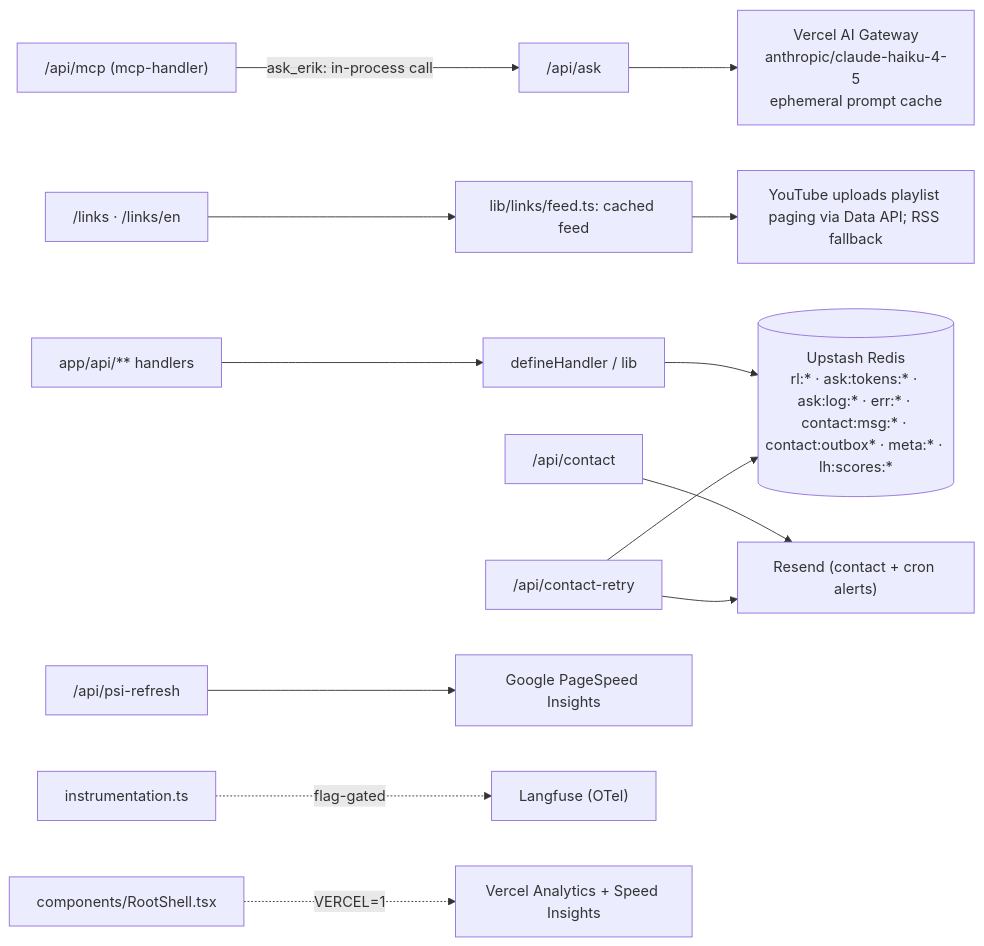
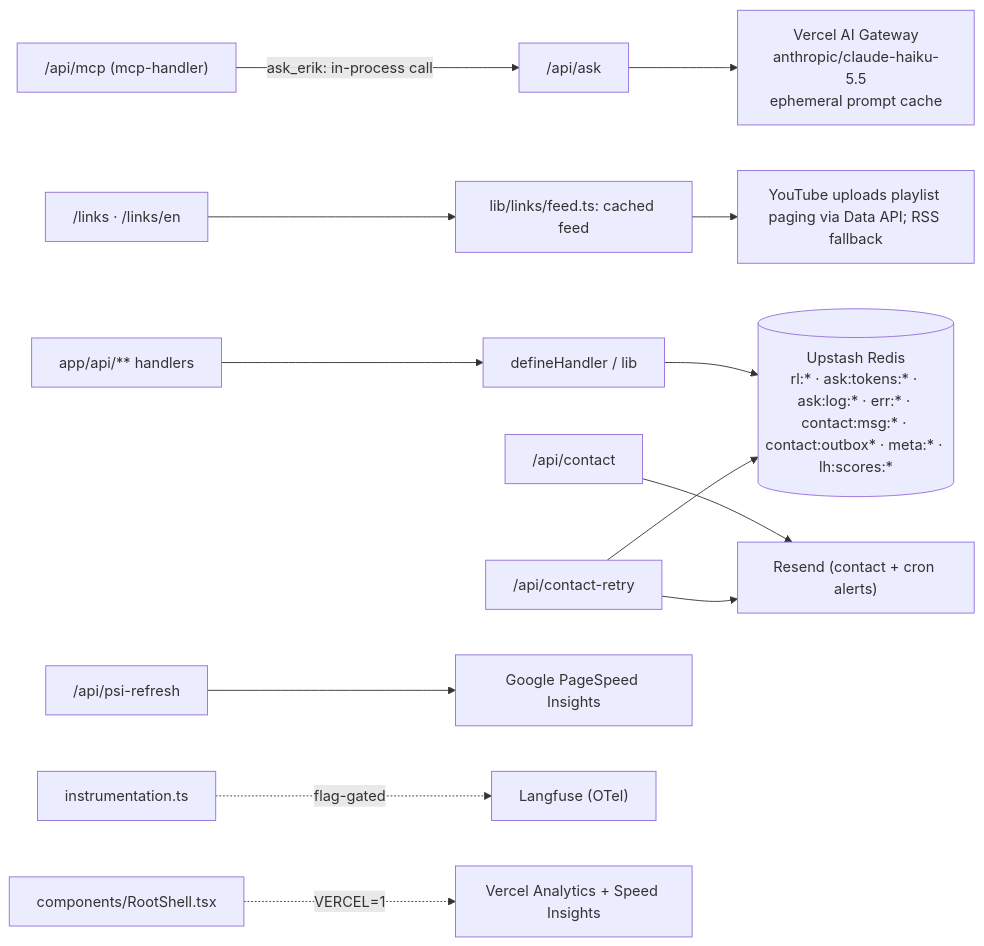
One commit to erikunha/portfolio changed the diagram in docs/05-api-and-integrations.md. Above: the diagram before and after it, drawn with Mermaid. The commit also changed other lines of this file and 36 other files, not shown here.

First line of the commit message:
feat(ask): switch /api/ask to Claude Haiku 5.5 (#417)

````diff
--- a/docs/05-api-and-integrations.md
+++ b/docs/05-api-and-integrations.md
@@ -82,15 +82,15 @@
 ```mermaid
 flowchart LR
     routes["app/api/** handlers"] --> defh["defineHandler / lib"]
     defh --> redis[("Upstash Redis<br/>rl:* · ask:tokens:* · ask:log:* · err:* · contact:msg:* · contact:outbox* · meta:* · lh:scores:*")]
-    ask["/api/ask"] --> gw["Vercel AI Gateway<br/>anthropic/claude-haiku-4-5<br/>ephemeral prompt cache"]
+    ask["/api/ask"] --> gw["Vercel AI Gateway<br/>anthropic/claude-haiku-5.5<br/>ephemeral prompt cache"]
     mcp["/api/mcp (mcp-handler)"] -->|ask_erik: in-process call| ask
     linkpages["/links · /links/en"] --> links["lib/links/feed.ts: cached feed"]
     links --> youtube["YouTube uploads playlist paging via Data API; RSS fallback"]
     contact["/api/contact"] --> resend["Resend (contact + cron alerts)"]
     retry["/api/contact-retry"] --> redis
     retry --> resend
     psicron["/api/psi-refresh"] --> psi["Google PageSpeed Insights"]
     instr["instrumentation.ts"] -.flag-gated.-> lf["Langfuse (OTel)"]
     layout["components/RootShell.tsx"] -.VERCEL=1.-> rum["Vercel Analytics + Speed Insights"]
 ```
````
